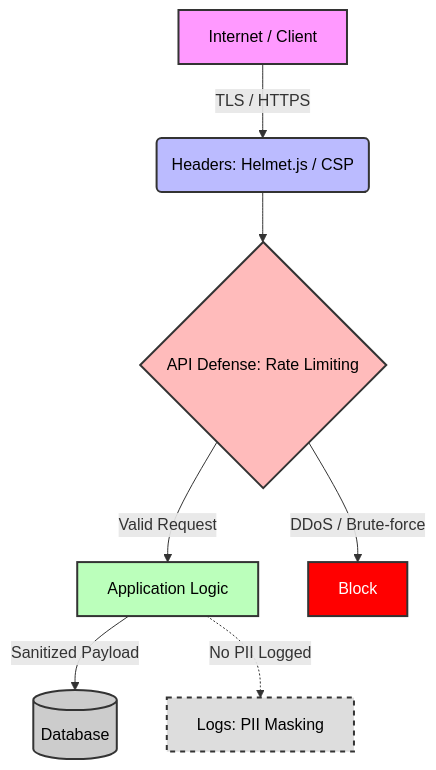
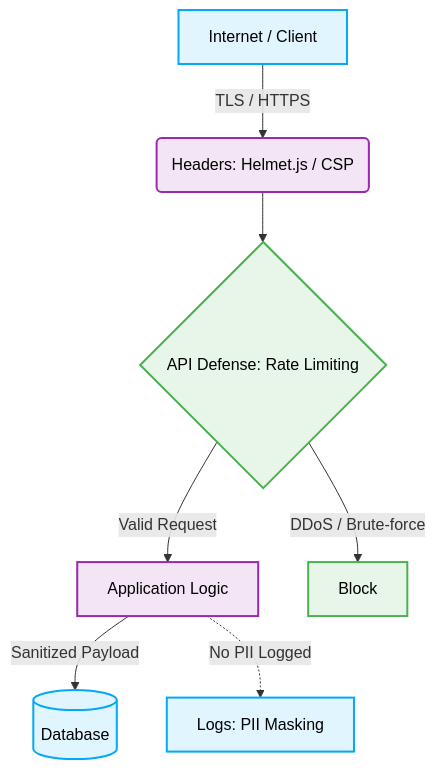
The diagram in .jules/rules/security.md (beginwebdev2002/best-practise), drawn with Mermaid before and after one commit. The commit also changed other lines of this file, not shown here.

````diff
--- a/.jules/rules/security.md
+++ b/.jules/rules/security.md
@@ -39,22 +39,23 @@
 ```mermaid
 graph TD
     A[Internet / Client] -->|TLS / HTTPS| B(Headers: Helmet.js / CSP)
     B --> C{API Defense: Rate Limiting}
     C -->|Valid Request| D[Application Logic]
     C -->|DDoS / Brute-force| E[Block]
     D -->|Sanitized Payload| F[(Database)]
     D -.->|No PII Logged| G[Logs: PII Masking]
 
-    style A fill:#f9f,stroke:#333,stroke-width:2px
-    style B fill:#bbf,stroke:#333,stroke-width:2px
-    style C fill:#fbb,stroke:#333,stroke-width:2px
-    style D fill:#bfb,stroke:#333,stroke-width:2px
-    style E fill:#f00,stroke:#333,stroke-width:2px,color:#fff
-    style F fill:#ccc,stroke:#333,stroke-width:2px
-    style G fill:#ddd,stroke:#333,stroke-width:2px,stroke-dasharray: 5 5
     %% Added Design Token Styles for Mermaid Diagrams
     classDef default fill:#e1f5fe,stroke:#03a9f4,stroke-width:2px,color:#000;
     classDef component fill:#e8f5e9,stroke:#4caf50,stroke-width:2px,color:#000;
     classDef layout fill:#f3e5f5,stroke:#9c27b0,stroke-width:2px,color:#000;
 
+    class A default;
+    class B layout;
+    class C component;
+    class D layout;
+    class E component;
+    class F default;
+    class G default;
+
 ```
````
